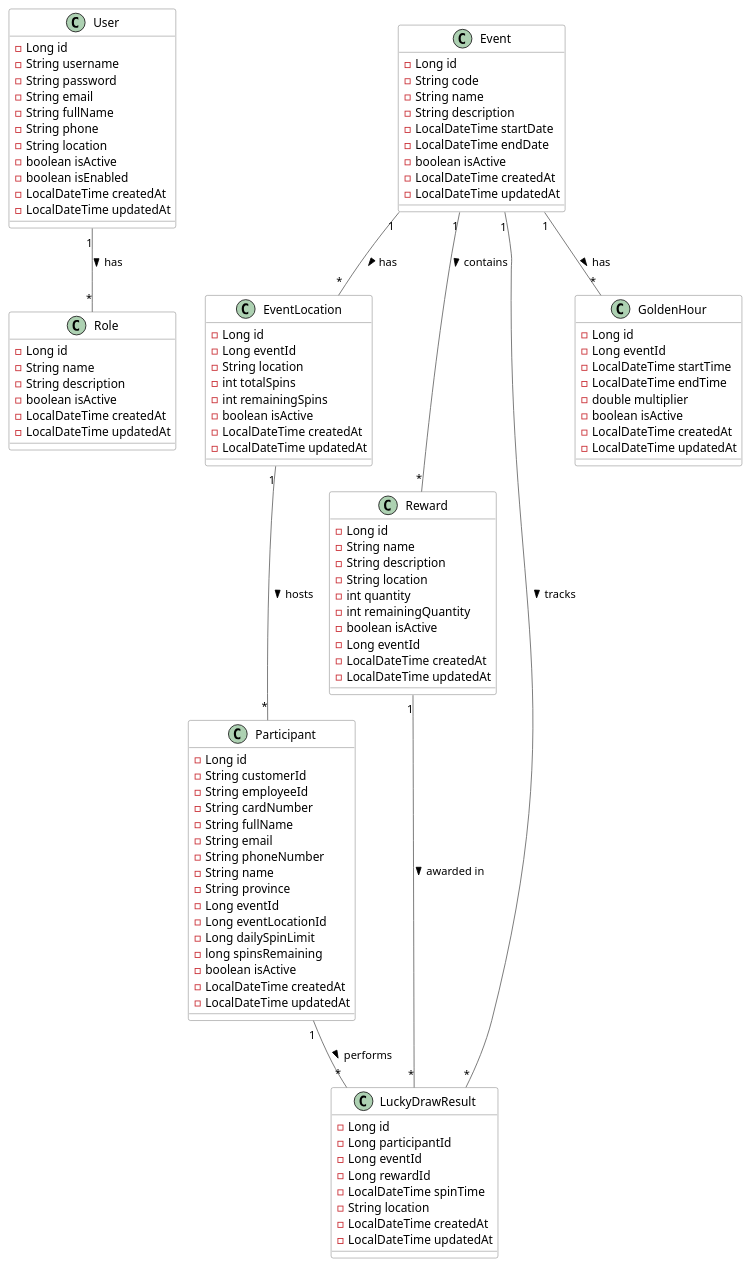
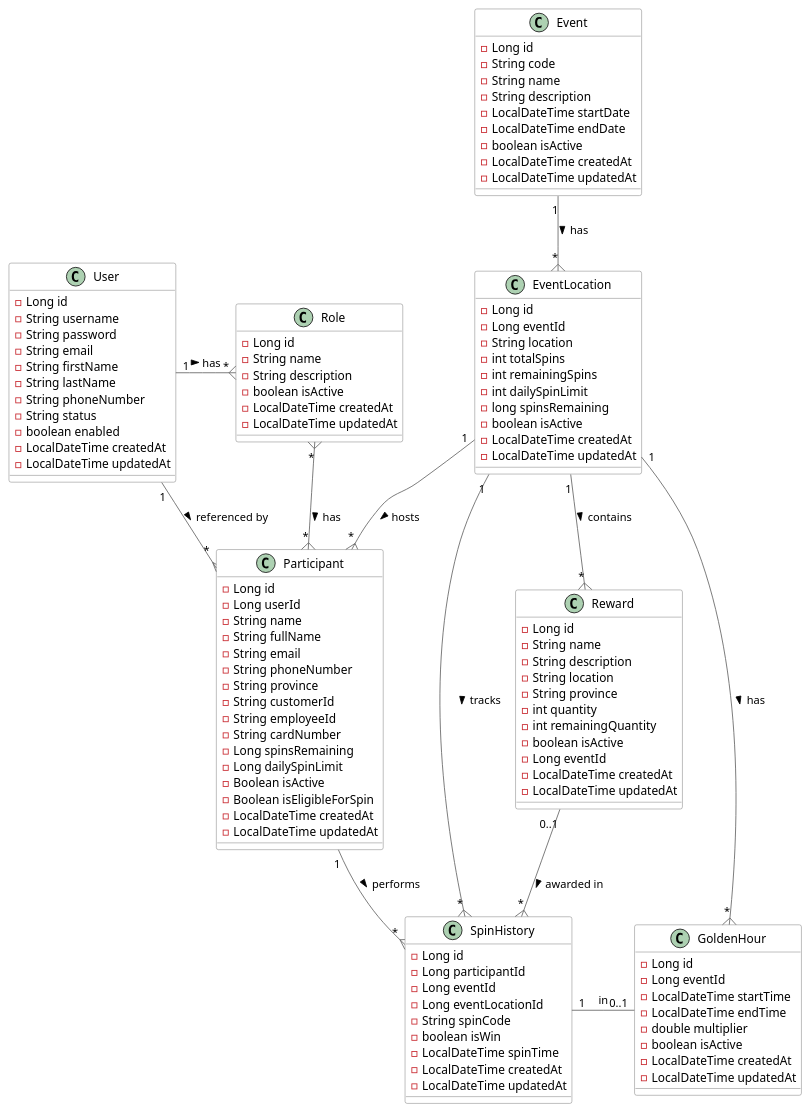
Before and after one commit to dnguyenminh/luckydraw-cline: the diagram in src/main/resources/diagram/entities.puml, drawn with PlantUML. The commit also changed 465 other files, not shown here.

```diff
--- a/src/main/resources/diagram/entities.puml
+++ b/src/main/resources/diagram/entities.puml
@@ -1,121 +1,128 @@
 @startuml Luckydraw Entities
 
 ' Style settings
 skinparam class {
     BackgroundColor white
     ArrowColor #666666
     BorderColor #666666
 }
 
 ' Entities
 class User {
     -Long id
     -String username
     -String password
     -String email
-    -String fullName
-    -String phone
-    -String location
-    -boolean isActive
-    -boolean isEnabled
+    -String firstName
+    -String lastName
+    -String phoneNumber
+    -String status
+    -boolean enabled
     -LocalDateTime createdAt
     -LocalDateTime updatedAt
 }
 
 class Role {
     -Long id
     -String name 
     -String description
     -boolean isActive
     -LocalDateTime createdAt 
     -LocalDateTime updatedAt
 }
 
 class Event {
     -Long id
     -String code
     -String name
     -String description
     -LocalDateTime startDate
     -LocalDateTime endDate
     -boolean isActive
     -LocalDateTime createdAt
     -LocalDateTime updatedAt
 }
 
 class EventLocation {
     -Long id
     -Long eventId
     -String location
     -int totalSpins
     -int remainingSpins
+    -int dailySpinLimit
+    -long spinsRemaining
     -boolean isActive
     -LocalDateTime createdAt
     -LocalDateTime updatedAt
 }
 
 class Participant {
     -Long id
+    -Long userId
+    -String name
+    -String fullName
+    -String email
+    -String phoneNumber
+    -String province
     -String customerId
     -String employeeId
     -String cardNumber
-    -String fullName
-    -String email
-    -String phoneNumber
-    -String name
-    -String province
-    -Long eventId
-    -Long eventLocationId
+    -Long spinsRemaining
     -Long dailySpinLimit
-    -long spinsRemaining
-    -boolean isActive
+    -Boolean isActive
+    -Boolean isEligibleForSpin
     -LocalDateTime createdAt
     -LocalDateTime updatedAt
 }
 
 class Reward {
     -Long id
     -String name
     -String description
     -String location
+    -String province
     -int quantity
     -int remainingQuantity
     -boolean isActive
     -Long eventId
     -LocalDateTime createdAt
     -LocalDateTime updatedAt
 }
 
-class LuckyDrawResult {
+class SpinHistory {
     -Long id
     -Long participantId
     -Long eventId
-    -Long rewardId
+    -Long eventLocationId
+    -String spinCode
+    -boolean isWin
     -LocalDateTime spinTime
-    -String location
     -LocalDateTime createdAt
     -LocalDateTime updatedAt
 }
 
 class GoldenHour {
     -Long id
     -Long eventId
     -LocalDateTime startTime
     -LocalDateTime endTime
     -double multiplier
     -boolean isActive
     -LocalDateTime createdAt
     -LocalDateTime updatedAt
 }
 
 ' Relationships
-User "1" -- "*" Role : has >
-Event "1" -- "*" EventLocation : has >
-Event "1" -- "*" Reward : contains >
-Event "1" -- "*" GoldenHour : has >
-Event "1" -- "*" LuckyDrawResult : tracks >
-EventLocation "1" -- "*" Participant : hosts >
-Participant "1" -- "*" LuckyDrawResult : performs >
-Reward "1" -- "*" LuckyDrawResult : awarded in >
+User "1" -{ "*" Role : has >
+User "1" --{ "*" Participant : referenced by >
+Role "*" }--{ "*" Participant : has >
+Event "1" --{ "*" EventLocation : has >
+EventLocation "1" --{ "*" Participant : hosts >
+EventLocation "1" --{ "*" SpinHistory : tracks >
+EventLocation "1" --{ "*" Reward : contains >
+EventLocation "1" -{ "*" GoldenHour : has >
+Participant "1" --{ "*" SpinHistory : performs >
+Reward "0..1" --{ "*" SpinHistory : awarded in >
+SpinHistory "1" - "0..1" GoldenHour : in
 
 @enduml
```
